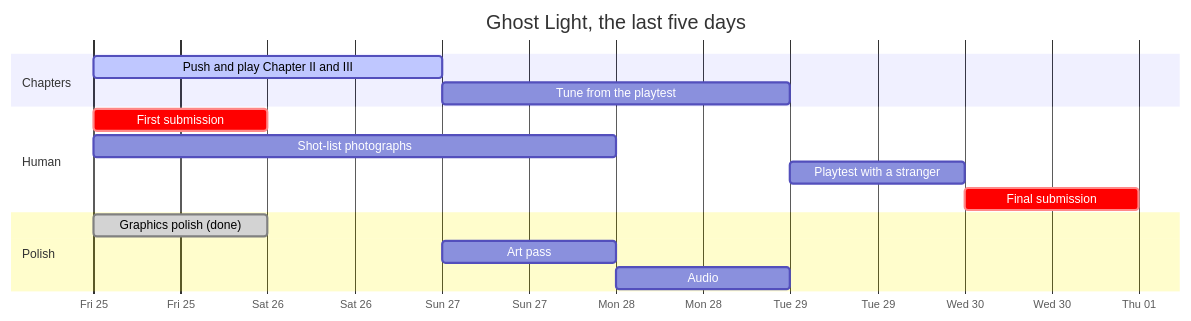
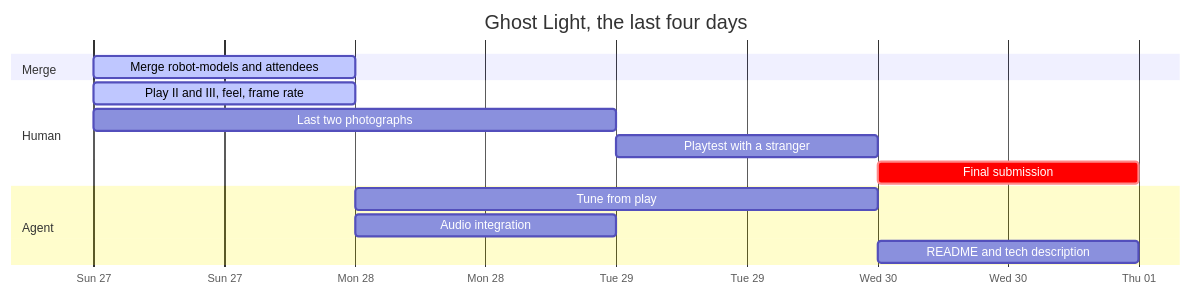
One commit to LoMagnette/ghost-light changed the second of 2 diagrams in STATUS.md. Above: the diagram before and after it, drawn with Mermaid. The commit also changed other lines of this file and 1 other file, not shown here.

First line of the commit message:
docs(status): the board as of 27 Sep, three days out

````diff
--- a/STATUS.md
+++ b/STATUS.md
@@ -115,18 +141,17 @@
 ```mermaid
 gantt
-    title Ghost Light, the last five days
+    title Ghost Light, the last four days
     dateFormat YYYY-MM-DD
     axisFormat %a %d
-    section Chapters
-    Push and play Chapter II and III  :active, c1, 2026-09-25, 2d
-    Tune from the playtest            :c2, after c1, 2d
+    section Merge
+    Merge robot-models and attendees  :active, m1, 2026-09-27, 1d
     section Human
-    First submission                  :crit, s1, 2026-09-25, 1d
-    Shot-list photographs             :p1, 2026-09-25, 3d
+    Play II and III, feel, frame rate :active, h1, 2026-09-27, 1d
+    Last two photographs              :h2, 2026-09-27, 2d
     Playtest with a stranger          :t1, 2026-09-29, 1d
     Final submission                  :crit, s2, 2026-09-30, 1d
-    section Polish
-    Graphics polish (done)            :done, a1, 2026-09-25, 1d
-    Art pass                          :a2, 2026-09-27, 1d
-    Audio                             :a3, 2026-09-28, 1d
+    section Agent
+    Tune from play                    :g1, after h1, 2d
+    Audio integration                 :g2, 2026-09-28, 1d
+    README and tech description       :g3, 2026-09-30, 1d
 ```
````
